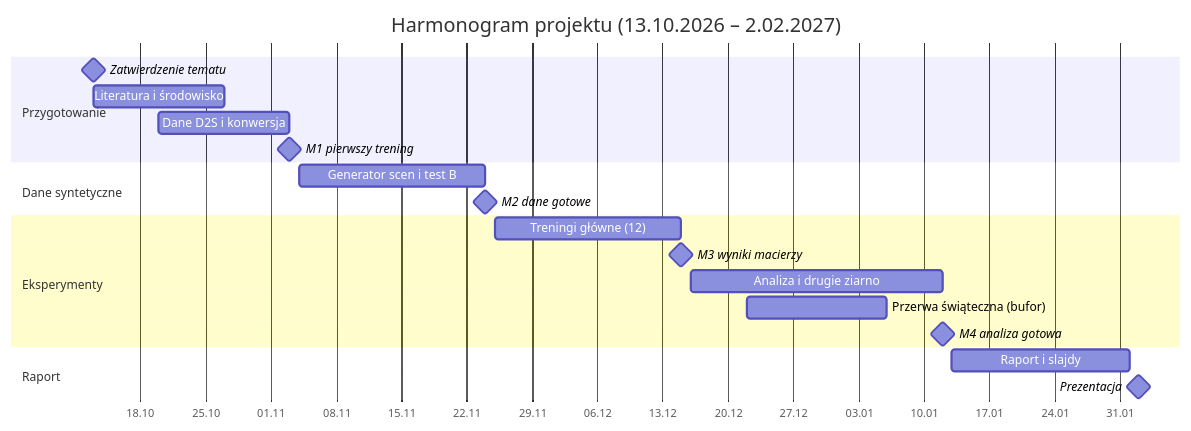
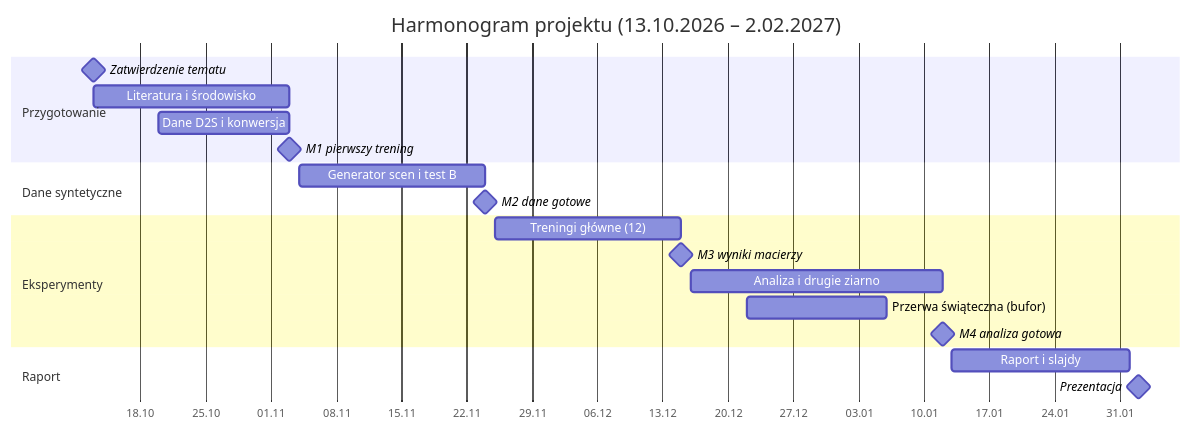
Before and after one commit to chewmanji/detr-vs-yolo-occlusion: the diagram in docs/Temat.md, drawn with Mermaid. The commit also changed other lines of this file and 3 other files, not shown here.

````diff
--- a/docs/Temat.md
+++ b/docs/Temat.md
@@ -68,23 +65,23 @@
 ```mermaid
 gantt
     title Harmonogram projektu (13.10.2026 – 2.02.2027)
     dateFormat YYYY-MM-DD
     axisFormat %d.%m
     section Przygotowanie
     Zatwierdzenie tematu        :milestone, m0, 2026-10-13, 0d
-    Literatura i środowisko     :lit, 2026-10-13, 2026-10-27
+    Literatura i środowisko     :lit, 2026-10-13, 2026-11-03
     Dane D2S i konwersja        :dane, 2026-10-20, 2026-11-03
     M1 pierwszy trening         :milestone, m1, 2026-11-03, 0d
     section Dane syntetyczne
     Generator scen i test B     :gen, 2026-11-04, 2026-11-24
     M2 dane gotowe              :milestone, m2, 2026-11-24, 0d
     section Eksperymenty
     Treningi główne (12)        :tr, 2026-11-25, 2026-12-15
     M3 wyniki macierzy          :milestone, m3, 2026-12-15, 0d
     Analiza i drugie ziarno     :an, 2026-12-16, 2027-01-12
     Przerwa świąteczna (bufor)  :br, 2026-12-22, 2027-01-06
     M4 analiza gotowa           :milestone, m4, 2027-01-12, 0d
     section Raport
     Raport i slajdy             :rap, 2027-01-13, 2027-02-01
     Prezentacja                 :milestone, m5, 2027-02-02, 0d
 ```
````
